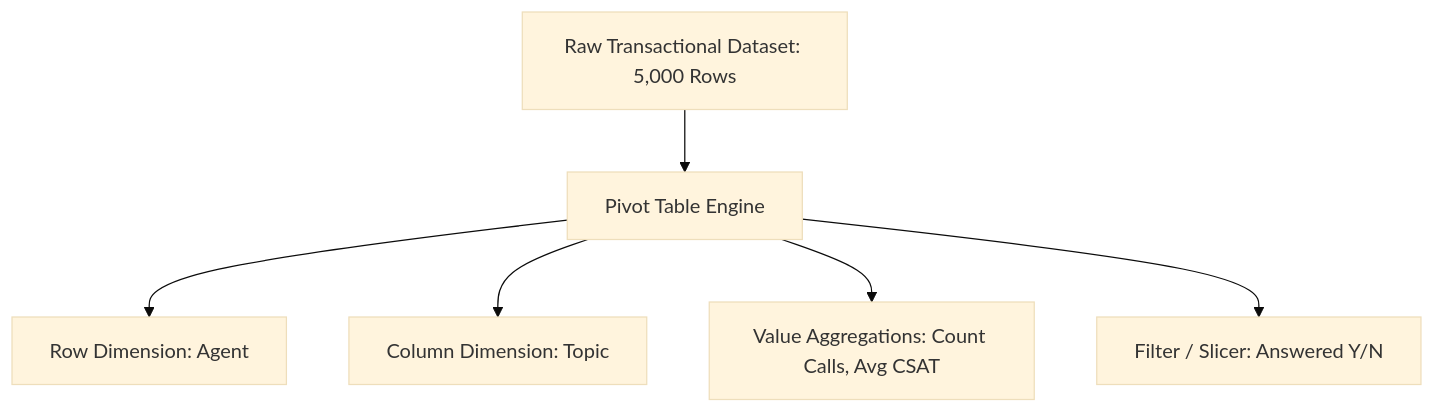
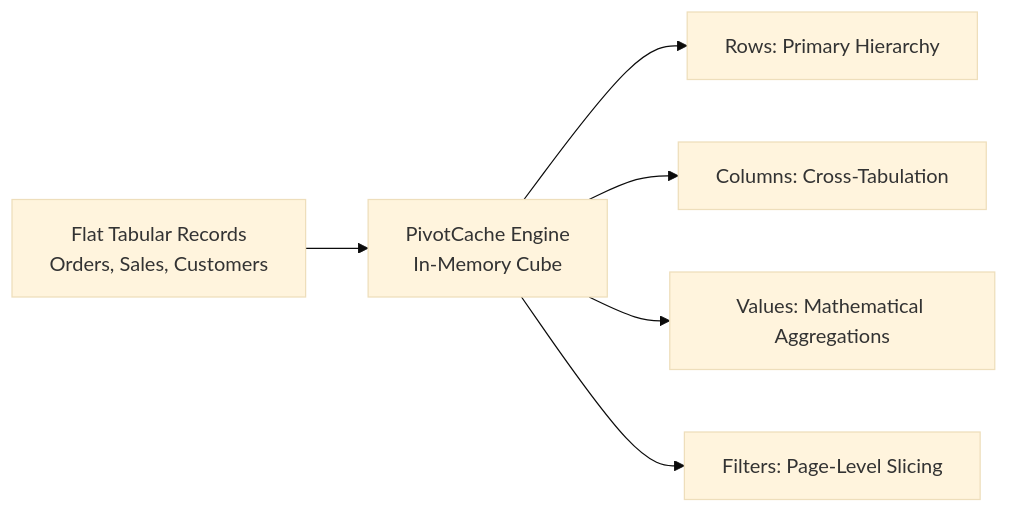
The first of 2 diagrams in 03_Concepts/Pivot Tables.md (Sohila-Khaled-Abbas/COURSE-EXCEL-ZERO-TO-HERO), drawn with Mermaid (base theme) before and after one commit. The commit also changed other lines of this file and 14 other files, not shown here.

````diff
--- a/03_Concepts/Pivot Tables.md
+++ b/03_Concepts/Pivot Tables.md
@@ -26,8 +32,8 @@
 ```mermaid
-flowchart TD
-    Source[Raw Transactional Dataset: 5,000 Rows] --> PivotEngine[Pivot Table Engine]
-    PivotEngine --> R[Row Dimension: Agent]
-    PivotEngine --> C[Column Dimension: Topic]
-    PivotEngine --> V[Value Aggregations: Count Calls, Avg CSAT]
-    PivotEngine --> F[Filter / Slicer: Answered Y/N]
+flowchart LR
+    Source[Flat Tabular Records<br/>Orders, Sales, Customers] --> Engine[PivotCache Engine<br/>In-Memory Cube]
+    Engine --> Rows[Rows: Primary Hierarchy]
+    Engine --> Cols[Columns: Cross-Tabulation]
+    Engine --> Vals[Values: Mathematical Aggregations]
+    Engine --> Filts[Filters: Page-Level Slicing]
 ```
````
